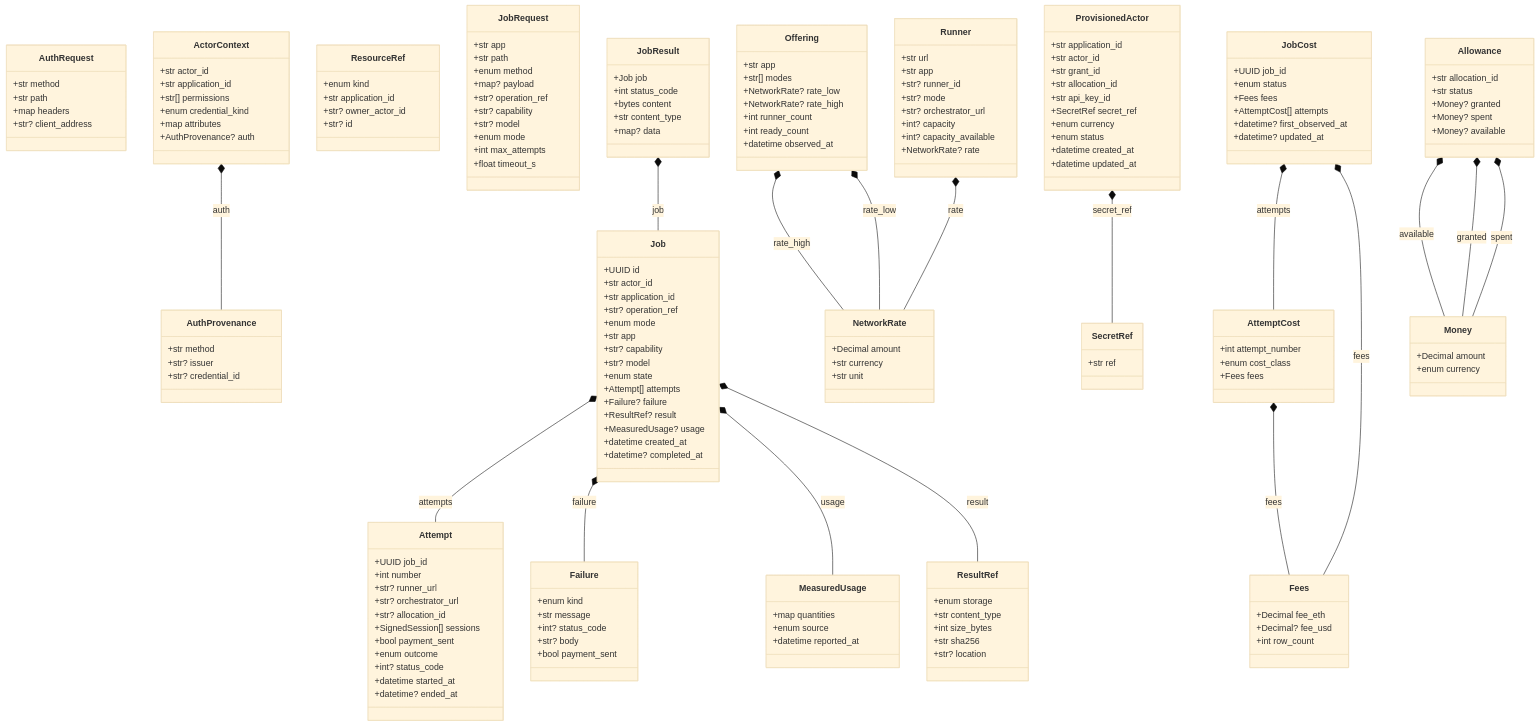
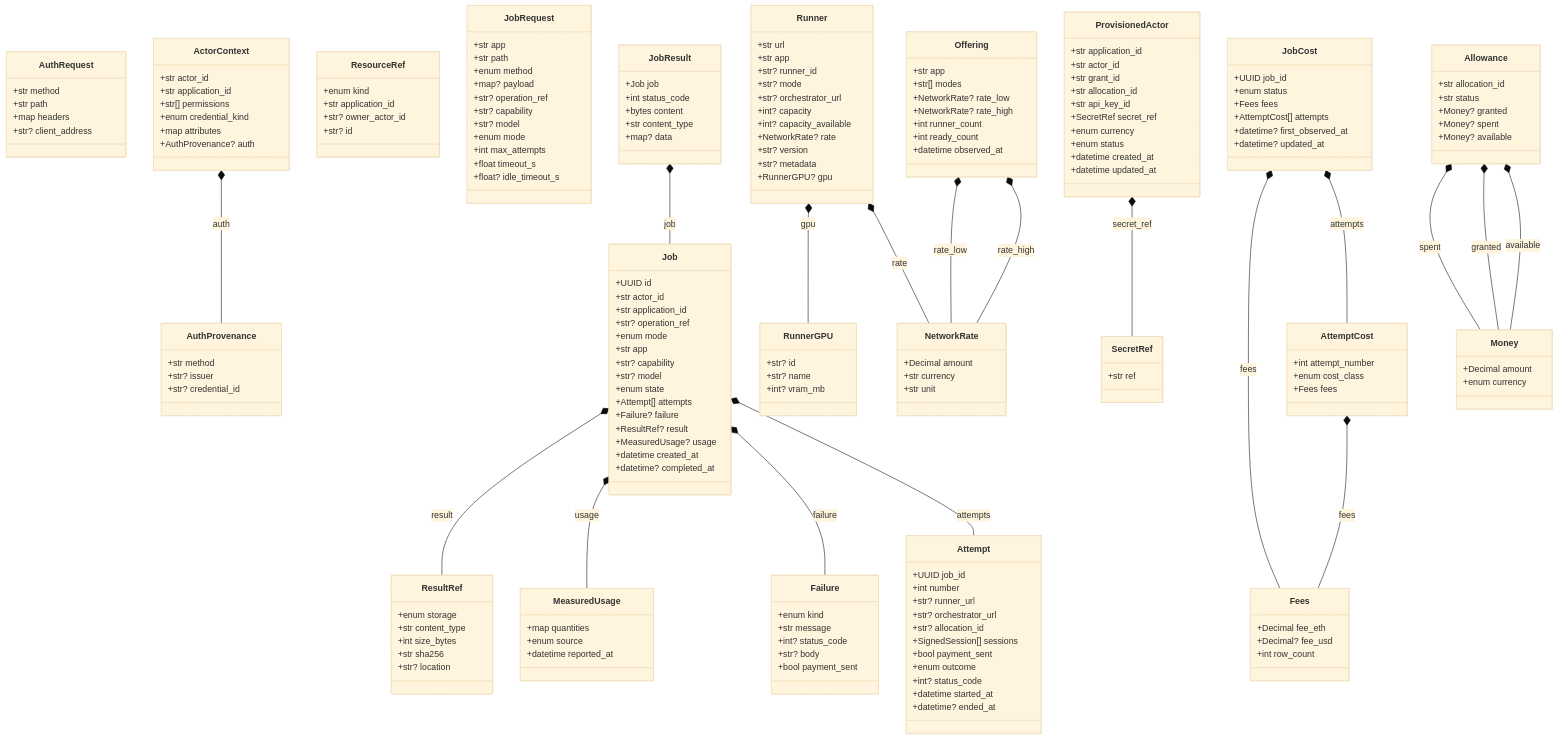
The diagram in docs/generated/contracts.md (NE-Build-Track/livepeer-builder-core), drawn with Mermaid (base theme) before and after one commit. The commit also changed 21 other files, not shown here.

````diff
--- a/docs/generated/contracts.md
+++ b/docs/generated/contracts.md
@@ -42,6 +42,7 @@
         +enum mode
         +int max_attempts
         +float timeout_s
+        +float? idle_timeout_s
     }
     class Job {
         +UUID id
@@ -108,6 +109,14 @@
         +int? capacity
         +int? capacity_available
         +NetworkRate? rate
+        +str? version
+        +str? metadata
+        +RunnerGPU? gpu
+    }
+    class RunnerGPU {
+        +str? id
+        +str? name
+        +int? vram_mb
     }
     class NetworkRate {
         +Decimal amount
@@ -183,4 +192,5 @@
     Offering *-- NetworkRate : rate_low
     ProvisionedActor *-- SecretRef : secret_ref
     Runner *-- NetworkRate : rate
+    Runner *-- RunnerGPU : gpu
 ```
````
